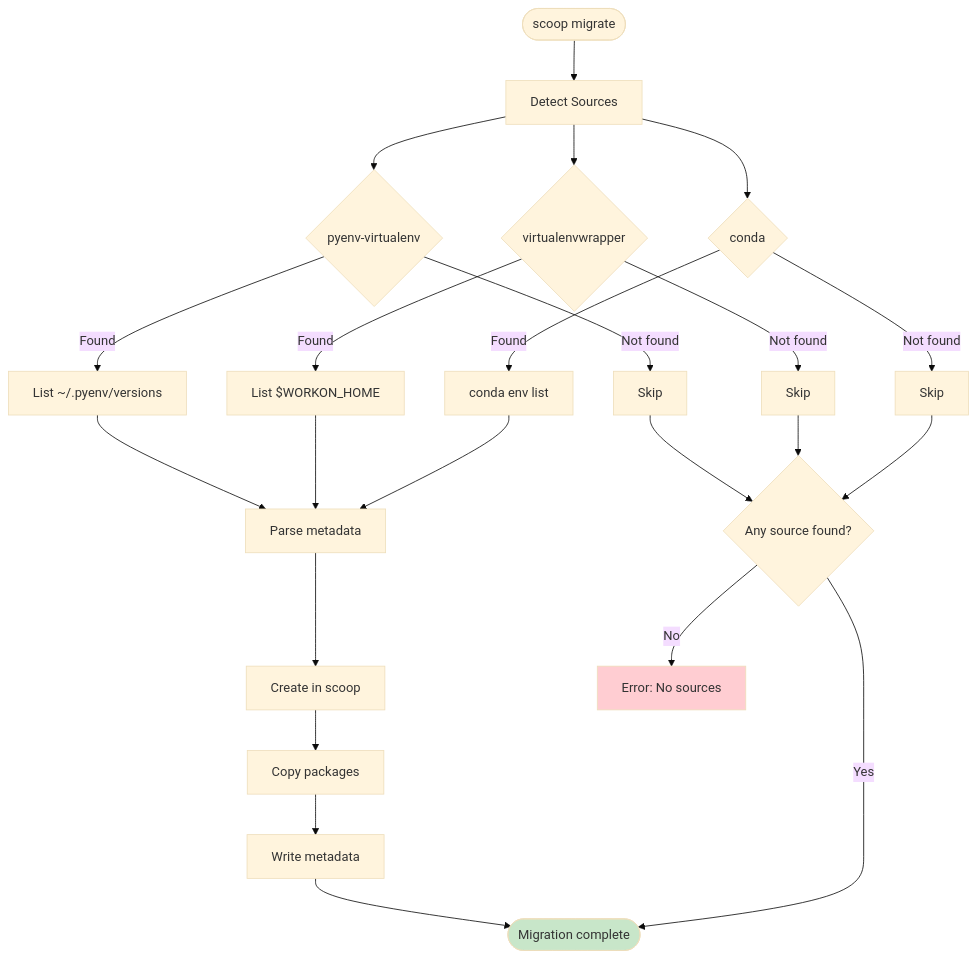
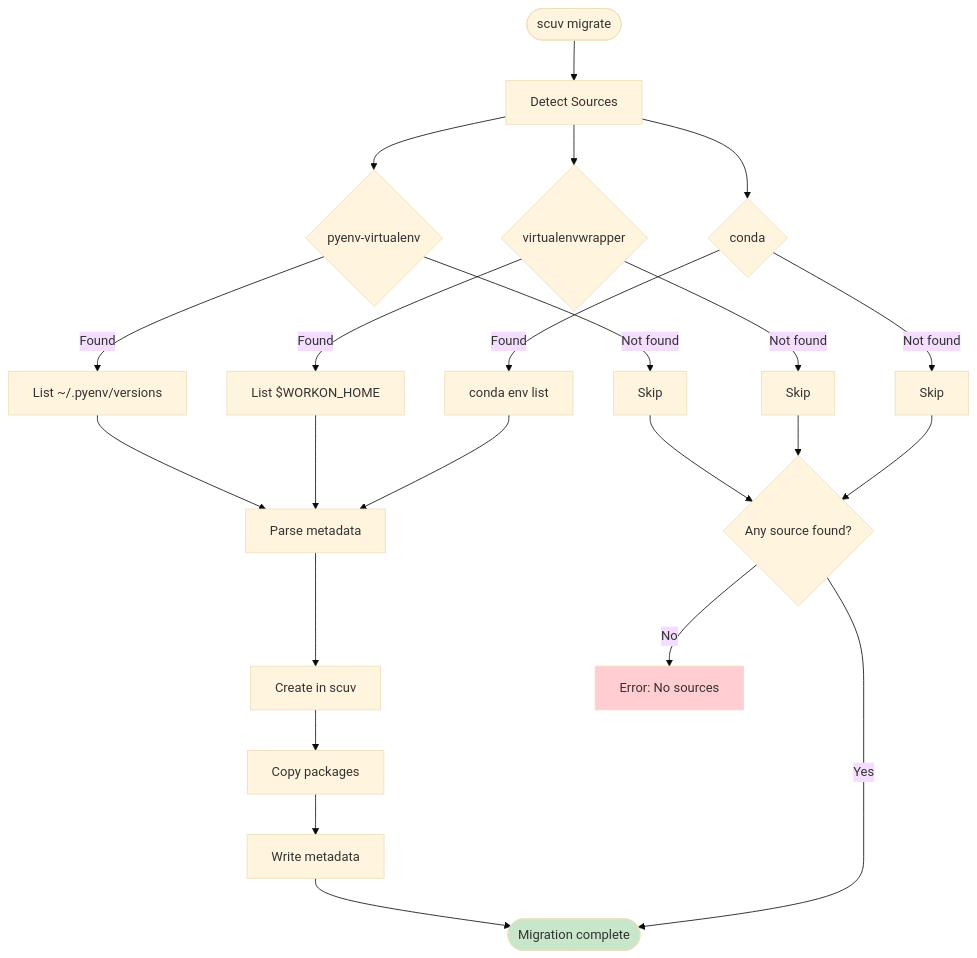
The sixth of 6 diagrams in docs/src/development/architecture.md (ai-screams/scoop-uv), drawn with Mermaid (base theme) before and after one commit. The commit also changed other lines of this file and 46 other files, not shown here.

````diff
--- a/docs/src/development/architecture.md
+++ b/docs/src/development/architecture.md
@@ -281,35 +281,35 @@
 ```mermaid
 graph TD
-    Start([scoop migrate]) --> Detect[Detect Sources]
+    Start([scuv migrate]) --> Detect[Detect Sources]
 
     Detect --> Pyenv{pyenv-virtualenv}
     Detect --> Venv{virtualenvwrapper}
     Detect --> Conda{conda}
 
     Pyenv -->|Found| P1[List ~/.pyenv/versions]
     Venv -->|Found| V1[List $WORKON_HOME]
     Conda -->|Found| C1[conda env list]
 
     P1 --> Parse[Parse metadata]
     V1 --> Parse
     C1 --> Parse
 
-    Parse --> Create[Create in scoop]
+    Parse --> Create[Create in scuv]
     Create --> Copy[Copy packages]
     Copy --> Meta[Write metadata]
     Meta --> Done([Migration complete])
 
     Pyenv -->|Not found| Skip1[Skip]
     Venv -->|Not found| Skip2[Skip]
     Conda -->|Not found| Skip3[Skip]
 
     Skip1 --> Check{Any source found?}
     Skip2 --> Check
     Skip3 --> Check
 
     Check -->|Yes| Done
     Check -->|No| Error[Error: No sources]
 
     style Done fill:#c8e6c9
     style Error fill:#ffcdd2
 ```
````
